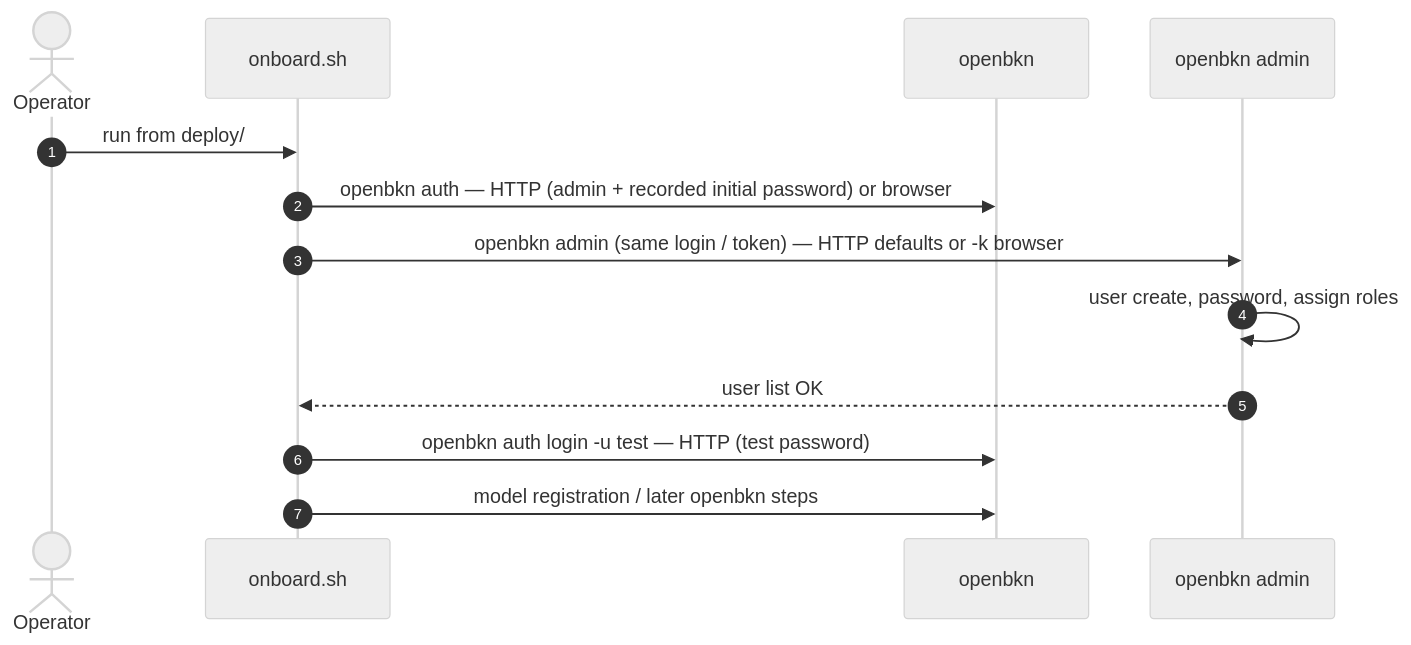
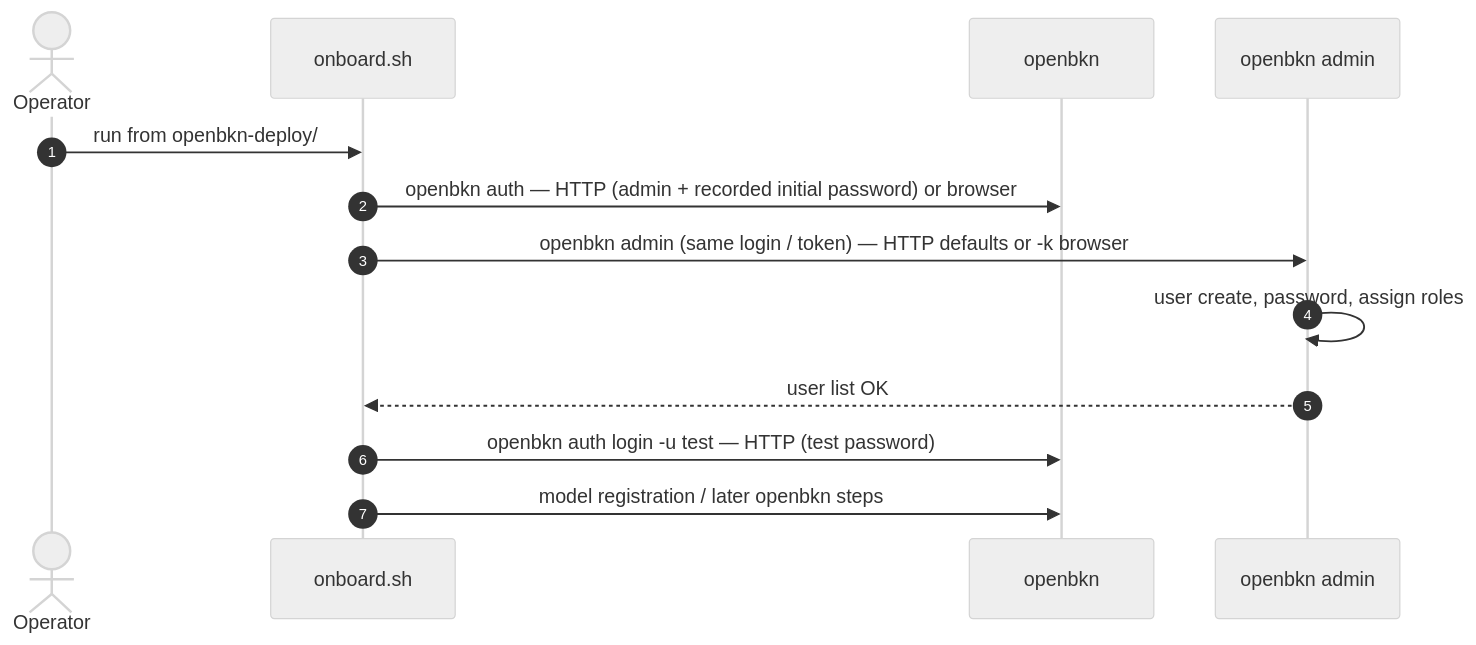
Before and after one commit to openbkn-ai/bkn-foundry: the third of 3 diagrams in help/en/install.md, drawn with Mermaid (neutral theme). The commit also changed other lines of this file and 301 other files, not shown here.

````diff
--- a/help/en/install.md
+++ b/help/en/install.md
@@ -309,15 +309,15 @@
 ```mermaid
 sequenceDiagram
   autonumber
   actor U as Operator
   participant O as onboard.sh
   participant K as openbkn
   participant A as openbkn admin
-  U->>O: run from deploy/
+  U->>O: run from openbkn-deploy/
   O->>K: openbkn auth — HTTP (admin + recorded initial password) or browser
   O->>A: openbkn admin (same login / token) — HTTP defaults or -k browser
   A->>A: user create, password, assign roles
   A-->>O: user list OK
   O->>K: openbkn auth login -u test — HTTP (test password)
   O->>K: model registration / later openbkn steps
 ```
````
